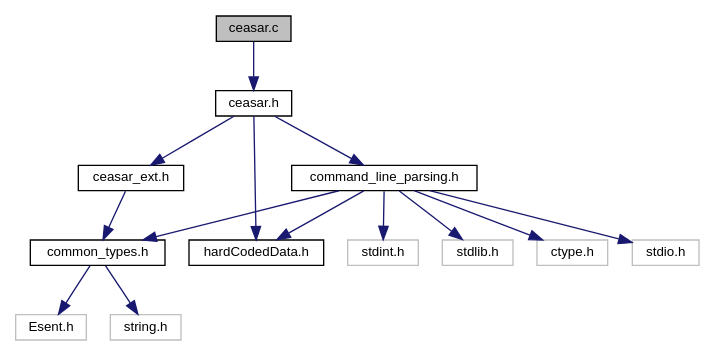
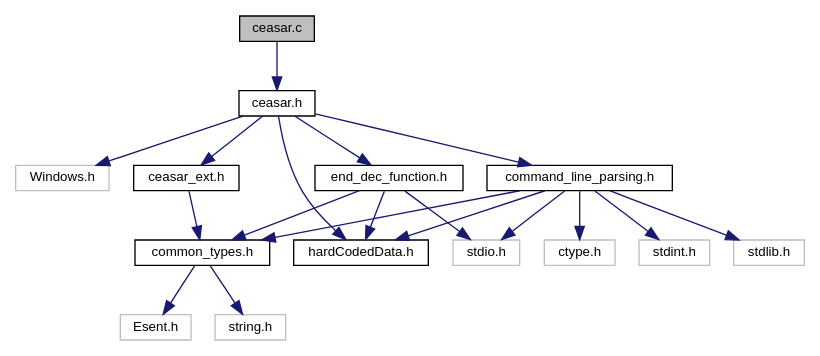
The diagram in ceasar_8c__incl.dot (LevyMatan/ISP_ex2_doc), drawn with Graphviz before and after one commit. The commit also changed 145 other files, not shown here.

```diff
--- a/ceasar_8c__incl.dot
+++ b/ceasar_8c__incl.dot
@@ -1,32 +1,39 @@
 digraph "ceasar.c"
 {
  // INTERACTIVE_SVG=YES
  // LATEX_PDF_SIZE
   edge [fontname="Helvetica",fontsize="10",labelfontname="Helvetica",labelfontsize="10"];
   node [fontname="Helvetica",fontsize="10",shape=record];
-  Node1 [label="ceasar.c",height=0.2,width=0.4,color="black", fillcolor="grey75", style="filled", fontcolor="black",tooltip=" "];
+  Node1 [label="ceasar.c",height=0.2,width=0.4,color="black", fillcolor="grey75", style="filled", fontcolor="black",tooltip="Main program file. The Ceasar program will decrypt an input file."];
   Node1 -> Node2 [color="midnightblue",fontsize="10",style="solid",fontname="Helvetica"];
-  Node2 [label="ceasar.h",height=0.2,width=0.4,color="black", fillcolor="white", style="filled",URL="$ceasar_8h.html",tooltip=" "];
+  Node2 [label="ceasar.h",height=0.2,width=0.4,color="black", fillcolor="white", style="filled",URL="$ceasar_8h.html",tooltip="Delartion of core function to construct Ceasar program from."];
   Node2 -> Node3 [color="midnightblue",fontsize="10",style="solid",fontname="Helvetica"];
-  Node3 [label="ceasar_ext.h",height=0.2,width=0.4,color="black", fillcolor="white", style="filled",URL="$ceasar__ext_8h.html",tooltip="All exposed functions and types to be used by someone who wants to call the Ceasar lib/program."];
-  Node3 -> Node4 [color="midnightblue",fontsize="10",style="solid",fontname="Helvetica"];
-  Node4 [label="common_types.h",height=0.2,width=0.4,color="black", fillcolor="white", style="filled",URL="$common__types_8h.html",tooltip="All common hardcoded data, types, and constants."];
+  Node3 [label="Windows.h",height=0.2,width=0.4,color="grey75", fillcolor="white", style="filled",tooltip=" "];
+  Node2 -> Node4 [color="midnightblue",fontsize="10",style="solid",fontname="Helvetica"];
+  Node4 [label="ceasar_ext.h",height=0.2,width=0.4,color="black", fillcolor="white", style="filled",URL="$ceasar__ext_8h.html",tooltip="All exposed functions and types to be used by someone who wants to call the Ceasar lib/program."];
   Node4 -> Node5 [color="midnightblue",fontsize="10",style="solid",fontname="Helvetica"];
-  Node5 [label="Esent.h",height=0.2,width=0.4,color="grey75", fillcolor="white", style="filled",tooltip=" "];
-  Node4 -> Node6 [color="midnightblue",fontsize="10",style="solid",fontname="Helvetica"];
-  Node6 [label="string.h",height=0.2,width=0.4,color="grey75", fillcolor="white", style="filled",tooltip=" "];
-  Node2 -> Node7 [color="midnightblue",fontsize="10",style="solid",fontname="Helvetica"];
-  Node7 [label="hardCodedData.h",height=0.2,width=0.4,color="black", fillcolor="white", style="filled",URL="$hard_coded_data_8h.html",tooltip="All common hardcoded data, types, and constants."];
+  Node5 [label="common_types.h",height=0.2,width=0.4,color="black", fillcolor="white", style="filled",URL="$common__types_8h.html",tooltip="All common hardcoded data, types, and constants."];
+  Node5 -> Node6 [color="midnightblue",fontsize="10",style="solid",fontname="Helvetica"];
+  Node6 [label="Esent.h",height=0.2,width=0.4,color="grey75", fillcolor="white", style="filled",tooltip=" "];
+  Node5 -> Node7 [color="midnightblue",fontsize="10",style="solid",fontname="Helvetica"];
+  Node7 [label="string.h",height=0.2,width=0.4,color="grey75", fillcolor="white", style="filled",tooltip=" "];
   Node2 -> Node8 [color="midnightblue",fontsize="10",style="solid",fontname="Helvetica"];
-  Node8 [label="command_line_parsing.h",height=0.2,width=0.4,color="black", fillcolor="white", style="filled",URL="$command__line__parsing_8h.html",tooltip=" "];
+  Node8 [label="end_dec_function.h",height=0.2,width=0.4,color="black", fillcolor="white", style="filled",URL="$end__dec__function_8h.html",tooltip="//TODO: Vladimir"];
   Node8 -> Node9 [color="midnightblue",fontsize="10",style="solid",fontname="Helvetica"];
-  Node9 [label="ctype.h",height=0.2,width=0.4,color="grey75", fillcolor="white", style="filled",tooltip=" "];
+  Node9 [label="stdio.h",height=0.2,width=0.4,color="grey75", fillcolor="white", style="filled",tooltip=" "];
   Node8 -> Node10 [color="midnightblue",fontsize="10",style="solid",fontname="Helvetica"];
-  Node10 [label="stdio.h",height=0.2,width=0.4,color="grey75", fillcolor="white", style="filled",tooltip=" "];
-  Node8 -> Node11 [color="midnightblue",fontsize="10",style="solid",fontname="Helvetica"];
-  Node11 [label="stdint.h",height=0.2,width=0.4,color="grey75", fillcolor="white", style="filled",tooltip=" "];
-  Node8 -> Node12 [color="midnightblue",fontsize="10",style="solid",fontname="Helvetica"];
-  Node12 [label="stdlib.h",height=0.2,width=0.4,color="grey75", fillcolor="white", style="filled",tooltip=" "];
-  Node8 -> Node7 [color="midnightblue",fontsize="10",style="solid",fontname="Helvetica"];
-  Node8 -> Node4 [color="midnightblue",fontsize="10",style="solid",fontname="Helvetica"];
+  Node10 [label="hardCodedData.h",height=0.2,width=0.4,color="black", fillcolor="white", style="filled",URL="$hard_coded_data_8h.html",tooltip="All common hardcoded data, types, and constants."];
+  Node8 -> Node5 [color="midnightblue",fontsize="10",style="solid",fontname="Helvetica"];
+  Node2 -> Node10 [color="midnightblue",fontsize="10",style="solid",fontname="Helvetica"];
+  Node2 -> Node11 [color="midnightblue",fontsize="10",style="solid",fontname="Helvetica"];
+  Node11 [label="command_line_parsing.h",height=0.2,width=0.4,color="black", fillcolor="white", style="filled",URL="$command__line__parsing_8h.html",tooltip="Decleration and defenitions of all command line parsing related function and macros."];
+  Node11 -> Node12 [color="midnightblue",fontsize="10",style="solid",fontname="Helvetica"];
+  Node12 [label="ctype.h",height=0.2,width=0.4,color="grey75", fillcolor="white", style="filled",tooltip=" "];
+  Node11 -> Node9 [color="midnightblue",fontsize="10",style="solid",fontname="Helvetica"];
+  Node11 -> Node13 [color="midnightblue",fontsize="10",style="solid",fontname="Helvetica"];
+  Node13 [label="stdint.h",height=0.2,width=0.4,color="grey75", fillcolor="white", style="filled",tooltip=" "];
+  Node11 -> Node14 [color="midnightblue",fontsize="10",style="solid",fontname="Helvetica"];
+  Node14 [label="stdlib.h",height=0.2,width=0.4,color="grey75", fillcolor="white", style="filled",tooltip=" "];
+  Node11 -> Node10 [color="midnightblue",fontsize="10",style="solid",fontname="Helvetica"];
+  Node11 -> Node5 [color="midnightblue",fontsize="10",style="solid",fontname="Helvetica"];
 }
```
